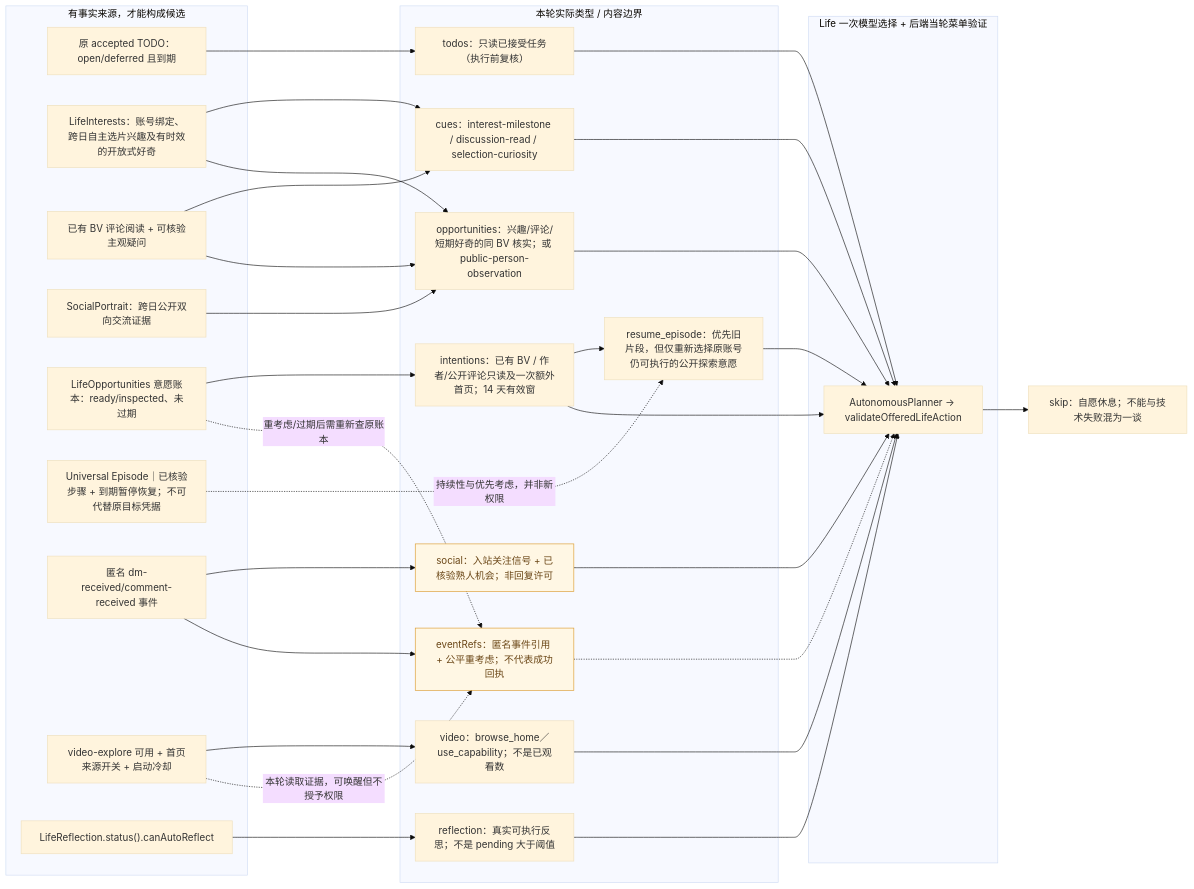
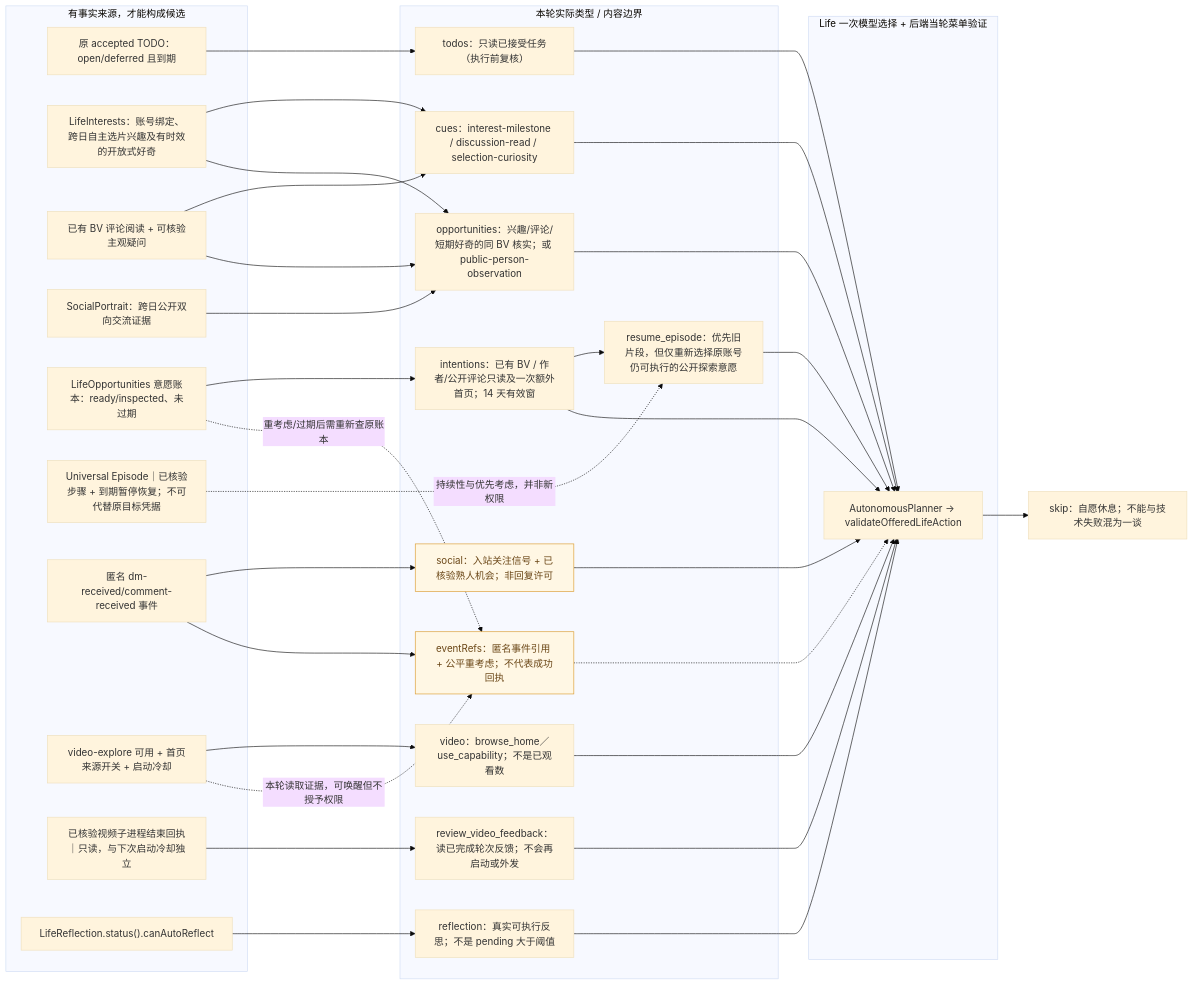
The diagram in docs/architecture/diagrams/life-candidates-current.mmd (minedalang/dsh-dafeiyu-life), drawn with Mermaid (base theme) before and after one commit. The commit also changed 13 other files, not shown here.

```diff
--- a/docs/architecture/diagrams/life-candidates-current.mmd
+++ b/docs/architecture/diagrams/life-candidates-current.mmd
@@ -1,75 +1,81 @@
 %% 生活候选细目字典：这是当前项目的真实 schema 类型/选择约束，不是泛化的 AI 心理推演。
 flowchart LR
   subgraph inputs["有事实来源，才能构成候选"]
     sourceTodo["原 accepted TODO：open/deferred 且到期"]
     sourceInterest["LifeInterests：账号绑定、跨日自主选片兴趣及有时效的开放式好奇"]
     sourceDiscussion["已有 BV 评论阅读 + 可核验主观疑问"]
     sourcePerson["SocialPortrait：跨日公开双向交流证据"]
     sourceLife["LifeOpportunities 意愿账本：ready/inspected、未过期"]
     episodeState["Universal Episode｜已核验步骤 + 到期暂停恢复；不可代替原目标凭据"]
     sourceSocial["匿名 dm-received/comment-received 事件"]
     sourceVideo["video-explore 可用 + 首页来源开关 + 启动冷却"]
+    sourceVideoFeedback["已核验视频子进程结束回执｜只读，与下次启动冷却独立"]
     sourceReflect["LifeReflection.status().canAutoReflect"]
   end
   subgraph candidates["本轮实际类型 / 内容边界"]
     todos["todos：只读已接受任务（执行前复核）"]
     cues["cues：interest-milestone / discussion-read / selection-curiosity"]
     opportunities["opportunities：兴趣/评论/短期好奇的同 BV 核实；或 public-person-observation"]
     intentions["intentions：已有 BV / 作者/公开评论只读及一次额外首页；14 天有效窗"]
     resume["resume_episode：优先旧片段，但仅重新选择原账号仍可执行的公开探索意愿"]
     social["social：入站关注信号 + 已核验熟人机会；非回复许可"]
     video["video：browse_home／use_capability；不是已观看数"]
+    reviewFeedback["review_video_feedback：读已完成轮次反馈；不会再启动或外发"]
     reflection["reflection：真实可执行反思；不是 pending 大于阈值"]
     eventRefs["eventRefs：匿名事件引用 + 公平重考虑；不代表成功回执"]
   end
   sourceTodo --> todos
   sourceInterest --> cues
   sourceDiscussion --> cues
   sourceInterest --> opportunities
   sourceDiscussion --> opportunities
   sourcePerson --> opportunities
   sourceLife --> intentions
   episodeState -.->|持续性与优先考虑，并非新权限| resume
   intentions --> resume
   sourceSocial --> social
   sourceVideo --> video
+  sourceVideoFeedback --> reviewFeedback
   sourceReflect --> reflection
   sourceSocial --> eventRefs
   sourceVideo -.->|本轮读取证据，可唤醒但不授予权限| eventRefs
   sourceLife -.->|重考虑/过期后需重新查原账本| eventRefs
   subgraph choice["Life 一次模型选择 + 后端当轮菜单验证"]
     planner["AutonomousPlanner → validateOfferedLifeAction"]
   end
   todos --> planner
   cues --> planner
   opportunities --> planner
   intentions --> planner
   resume --> planner
   social --> planner
   video --> planner
+  reviewFeedback --> planner
   reflection --> planner
   eventRefs -.-> planner
   rest["skip：自愿休息；不能与技术失败混为一谈"]
   planner --> rest
   classDef partial fill:#fff7e4,stroke:#d99727,color:#6b4717
   class social,eventRefs partial
 
 %% @code todos | lib/owner-todos.mjs | export const READ_TODO_TYPES
 %% @code cues | lib/life-opportunities.mjs | const explorationCues=
 %% @code opportunities | lib/life-opportunities.mjs | export function deriveDiscussionOpportunities
 %% @code intentions | lib/life-opportunities.mjs | const intentions=
 %% @code social | lib/life-agent-events.mjs | const TYPES=new Set
 %% @code video | lib/autonomous-planner.mjs | if(homeEnabled&&lifeSkills.some
 %% @code reflection | lib/life-reflection.mjs | canAutoReflect
 %% @code eventRefs | lib/life-agent-events.mjs | export const lifeEventDebugRef
 %% @code planner | lib/autonomous-planner.mjs | export function validateOfferedLifeAction
 
 %% dev.33 maintenance: selection-curiosity from account-tagged verified selected BV only;
 %% no free-form title search, no automatic outbound approval.
 
 %% dev.35: Episode 的写入不是默认终点；需实际只读或主动休息 + 冷却后才能再写，仍无新权限。
 
 %% @code episodeState | lib/life-universal-episodes.mjs | const view=e=>
 %% @code resume | lib/autonomous-planner.mjs | action:'resume_episode'
 
 %% @code resume | lib/life-episode-entrypoints.mjs | export function prioritizeLifeContinuationCandidates
+
+%% @code reviewFeedback | lib/autonomous-planner.mjs | action:'review_video_feedback'
```
